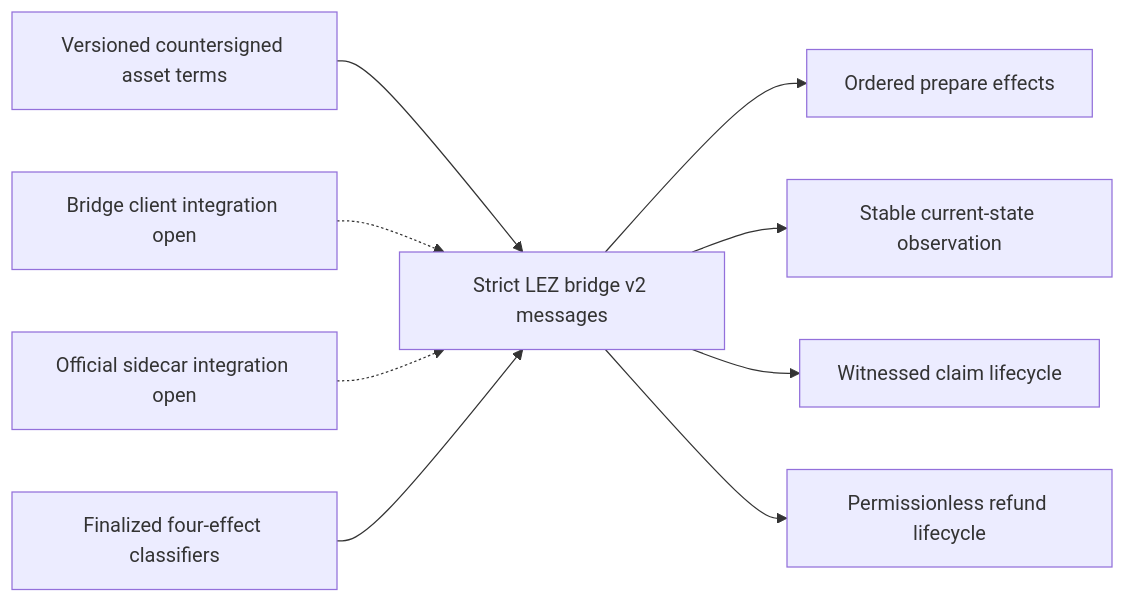
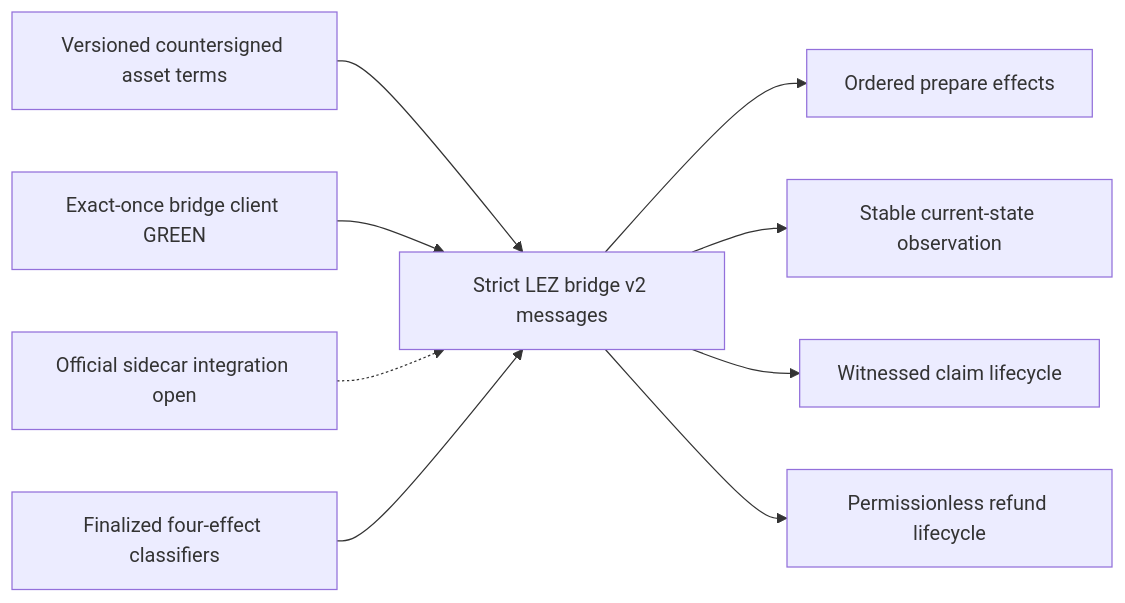
The third of 3 diagrams in docs/architecture/0042-bind-witnessed-token-claims-to-exact-atas.md (gateway-fm/lez-atomic-swaps), drawn with Mermaid before and after one commit. The commit also changed other lines of this file and 9 other files, not shown here.

Commit message:
feat: bind F7 asset bridge client

````diff
--- a/docs/architecture/0042-bind-witnessed-token-claims-to-exact-atas.md
+++ b/docs/architecture/0042-bind-witnessed-token-claims-to-exact-atas.md
@@ -196,11 +197,11 @@
 ```mermaid
 flowchart LR
     Terms["Versioned countersigned asset terms"] --> Wire["Strict LEZ bridge v2 messages"]
     Wire --> Prepare["Ordered prepare effects"]
     Wire --> Current["Stable current-state observation"]
     Wire --> Claim["Witnessed claim lifecycle"]
     Wire --> Refund["Permissionless refund lifecycle"]
-    Client["Bridge client integration open"] -.-> Wire
+    Client["Exact-once bridge client GREEN"] --> Wire
     Sidecar["Official sidecar integration open"] -.-> Wire
     Finality["Finalized four-effect classifiers"] --> Wire
 ```
````
